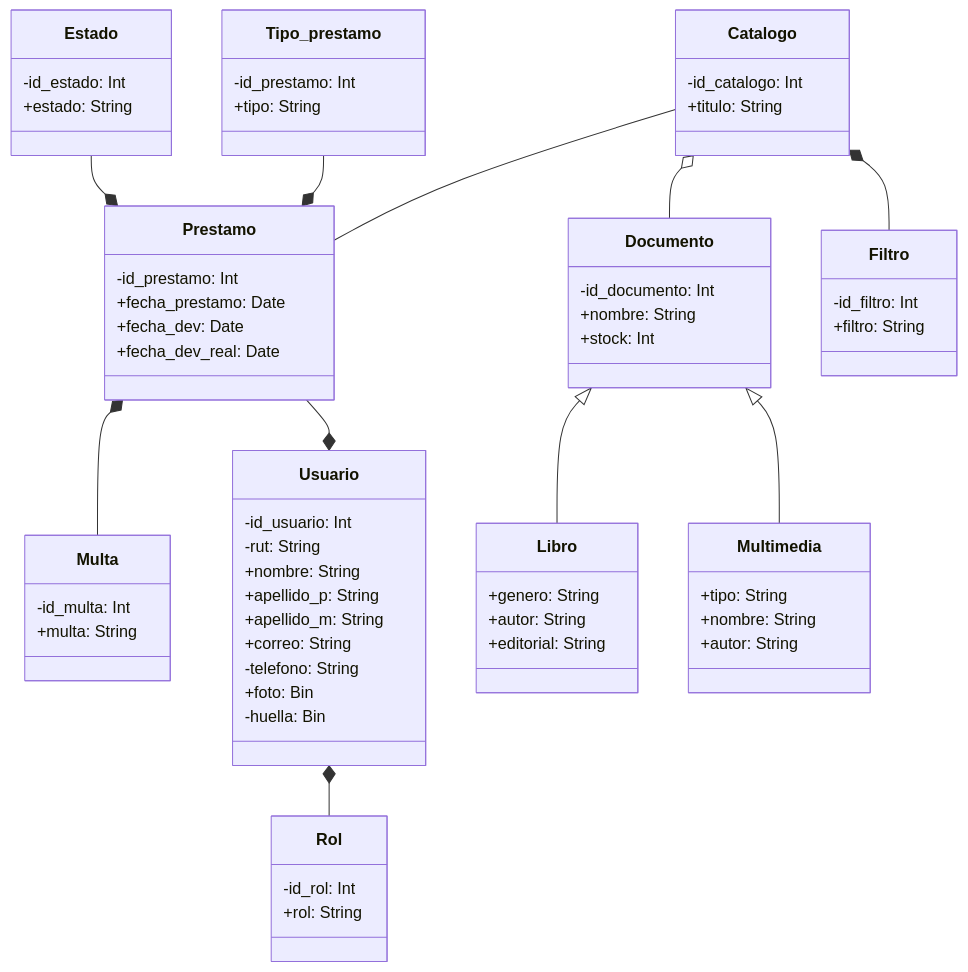
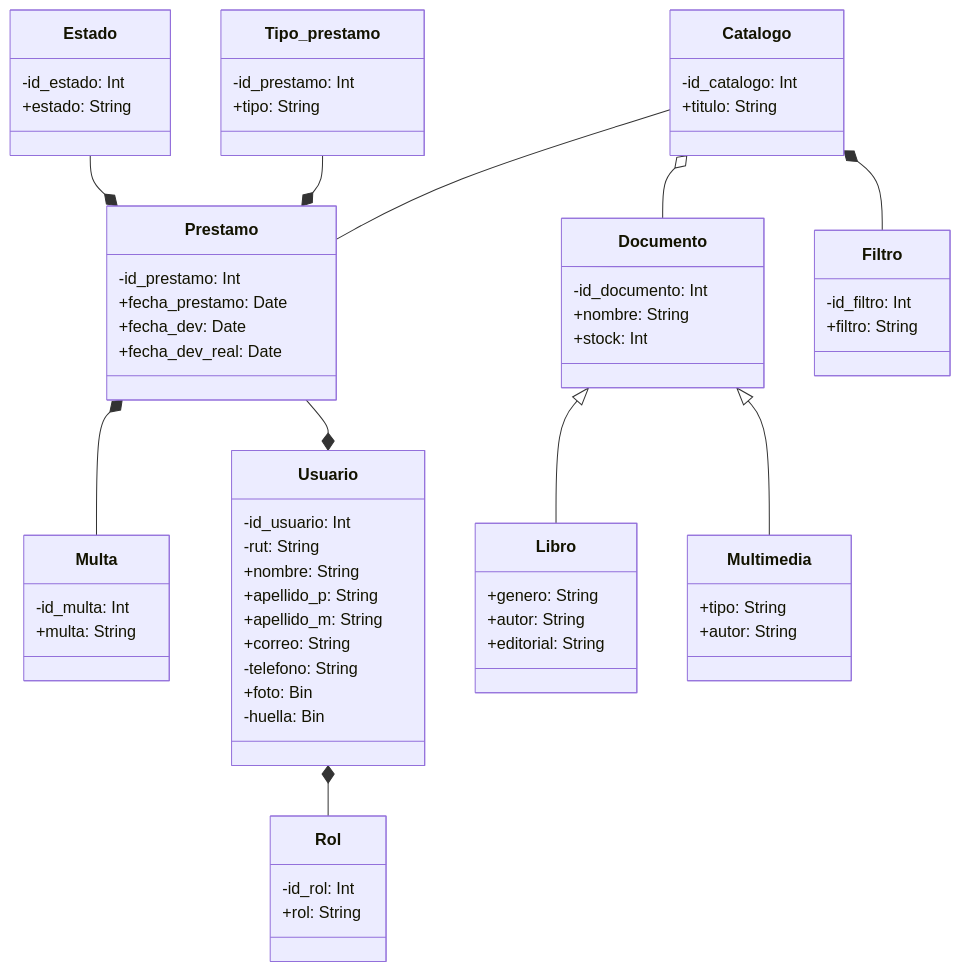
Before and after one commit to Halan07/Biblioteca: the diagram in ReadME.md, drawn with Mermaid.

````diff
--- a/ReadME.md
+++ b/ReadME.md
@@ -76,74 +76,73 @@
 ```mermaid
 classDiagram
 
     Estado --* Prestamo
     Tipo_prestamo --* Prestamo
     Prestamo *-- Multa
     Prestamo --* Usuario
     
     Usuario *-- Rol
     
     Catalogo -- Prestamo
     Catalogo o-- Documento
     Catalogo *-- Filtro
 
     Documento <|-- Libro
     Documento <|-- Multimedia
 
     class Usuario{
         -id_usuario: Int
         -rut: String
         +nombre: String
         +apellido_p: String
         +apellido_m: String
         +correo: String
         -telefono: String
         +foto: Bin
         -huella: Bin
     }
     class Rol{
         -id_rol: Int
         +rol: String
     }
     class Documento{
         -id_documento: Int
 	+nombre: String
         +stock: Int
     }
     class Libro{
         +genero: String
         +autor: String
         +editorial: String
     }
     class Multimedia{
         +tipo: String
-        +nombre: String
         +autor: String
     }
     class Prestamo{
         -id_prestamo: Int
         +fecha_prestamo: Date
         +fecha_dev: Date
         +fecha_dev_real: Date
     }
     class Estado{
         -id_estado: Int
         +estado: String
     }
     class Multa{
         -id_multa: Int
         +multa: String
     }
     class Catalogo{
         -id_catalogo: Int
         +titulo: String
     }
     class Filtro{
         -id_filtro: Int
         +filtro: String
     }
     class Tipo_prestamo{
         -id_prestamo: Int
         +tipo: String
     }
 ```
````
